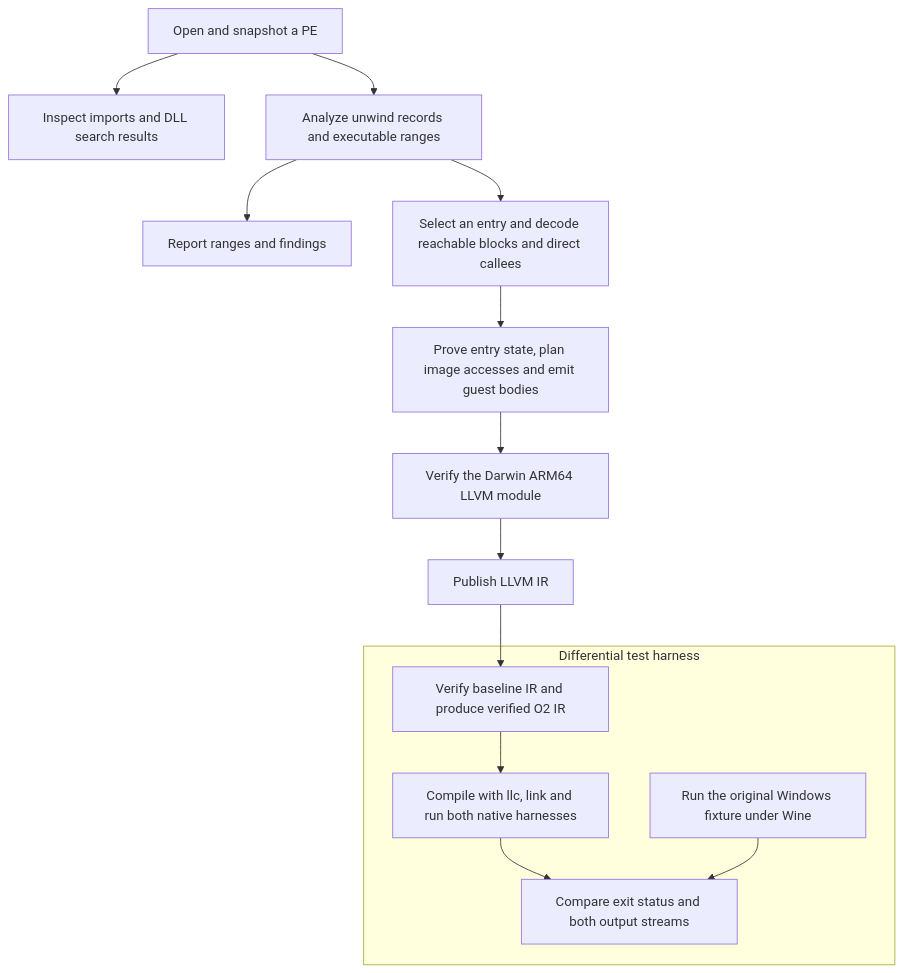
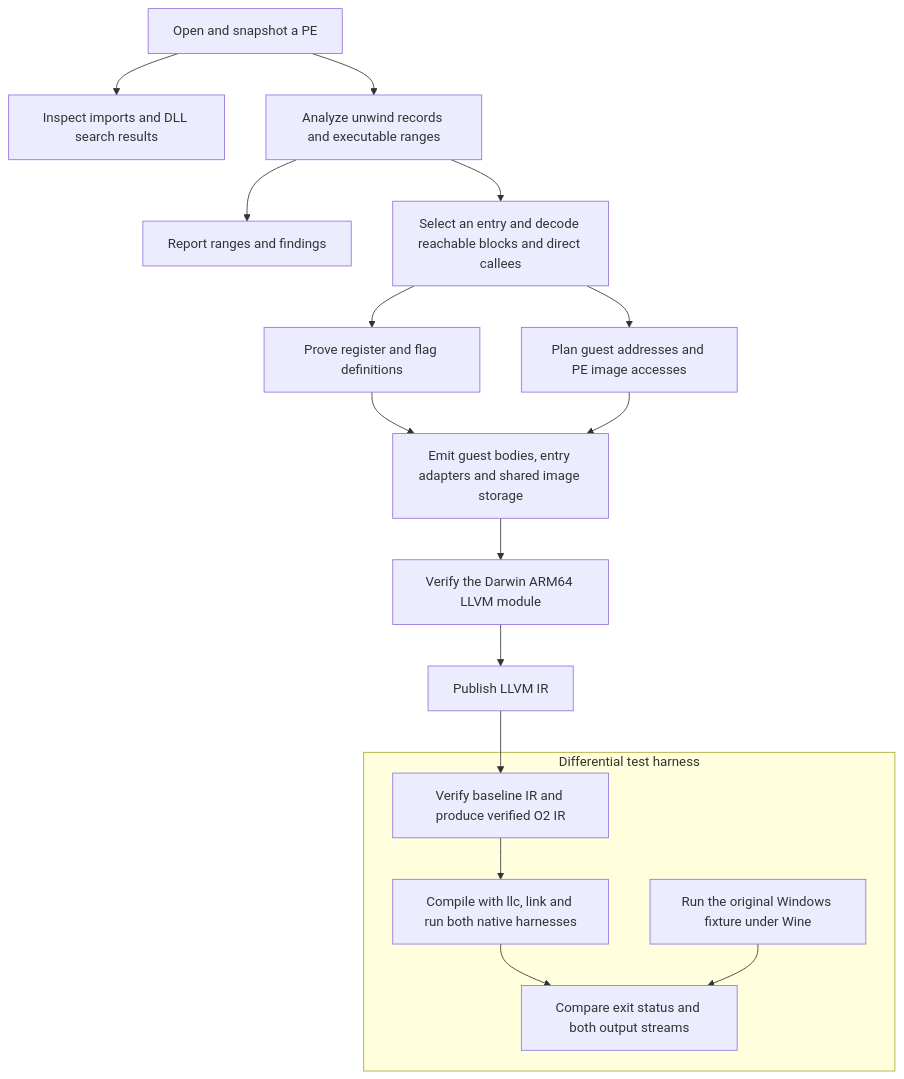
One commit to RecastIR/forge changed the diagram in docs/program-architecture.md. Above: the diagram before and after it, drawn with Mermaid. The commit also changed other lines of this file and 23 other files, not shown here.

````diff
--- a/docs/program-architecture.md
+++ b/docs/program-architecture.md
@@ -7,19 +7,22 @@
 ```mermaid
 flowchart TD
     input["Open and snapshot a PE"] --> inspect["Inspect imports and DLL search results"]
     input --> analysis["Analyze unwind records and executable ranges"]
     analysis --> report["Report ranges and findings"]
     analysis --> group["Select an entry and decode reachable blocks and direct callees"]
-    group --> emit["Prove entry state, plan image accesses and emit guest bodies"]
+    group --> proofs["Prove register and flag definitions"]
+    group --> memory["Plan guest addresses and PE image accesses"]
+    proofs --> emit["Emit guest bodies, entry adapters and shared image storage"]
+    memory --> emit
     emit --> verify["Verify the Darwin ARM64 LLVM module"]
     verify --> publish["Publish LLVM IR"]
     subgraph harness["Differential test harness"]
         variants["Verify baseline IR and produce verified O2 IR"]
         native["Compile with llc, link and run both native harnesses"]
         wine["Run the original Windows fixture under Wine"]
         compare["Compare exit status and both output streams"]
         variants --> native --> compare
         wine --> compare
     end
     publish --> variants
 ```
````
